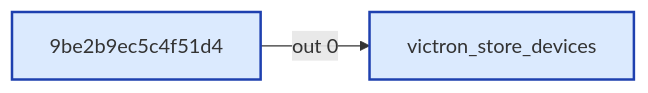
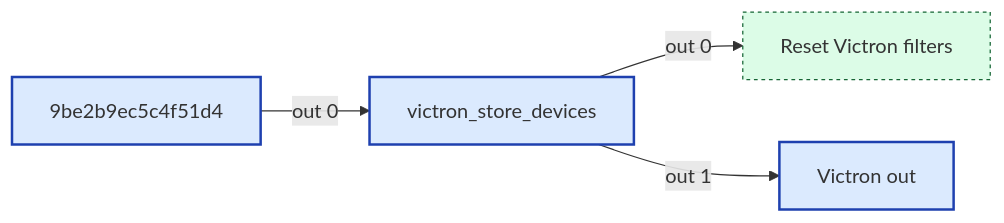
The tenth of 14 diagrams in src/wiring/victron.md (Backroads4Me/librecoach-node-red), drawn with Mermaid before and after one commit. The commit also changed other lines of this file and 1 other file, not shown here.

````diff
--- a/src/wiring/victron.md
+++ b/src/wiring/victron.md
@@ -350,12 +350,16 @@
 ```mermaid
 flowchart LR
   classDef fn fill:#dbeafe,stroke:#1e40af,stroke-width:2px
   classDef ui fill:#ede9fe,stroke:#5b21b6,stroke-width:2px
   classDef sub fill:#fef3c7,stroke:#92400e,stroke-width:2px
   classDef link fill:#dcfce7,stroke:#166534,stroke-width:1px,stroke-dasharray:3 3
   classDef config fill:#f3f4f6,stroke:#6b7280,stroke-width:1px,stroke-dasharray:2 2
   classDef disabled opacity:0.5,stroke-dasharray:4 4
   n_1284b5e380db["victron_store_devices"]:::fn
+  n_75e24e63fc41["Victron out"]:::fn
   n_9be2b9ec5c4f["9be2b9ec5c4f51d4"]:::fn
+  n_fe904c842d05["Reset Victron filters"]:::link
+  n_1284b5e380db -->|out 0| n_fe904c842d05
+  n_1284b5e380db -->|out 1| n_75e24e63fc41
   n_9be2b9ec5c4f -->|out 0| n_1284b5e380db
 ```
````
